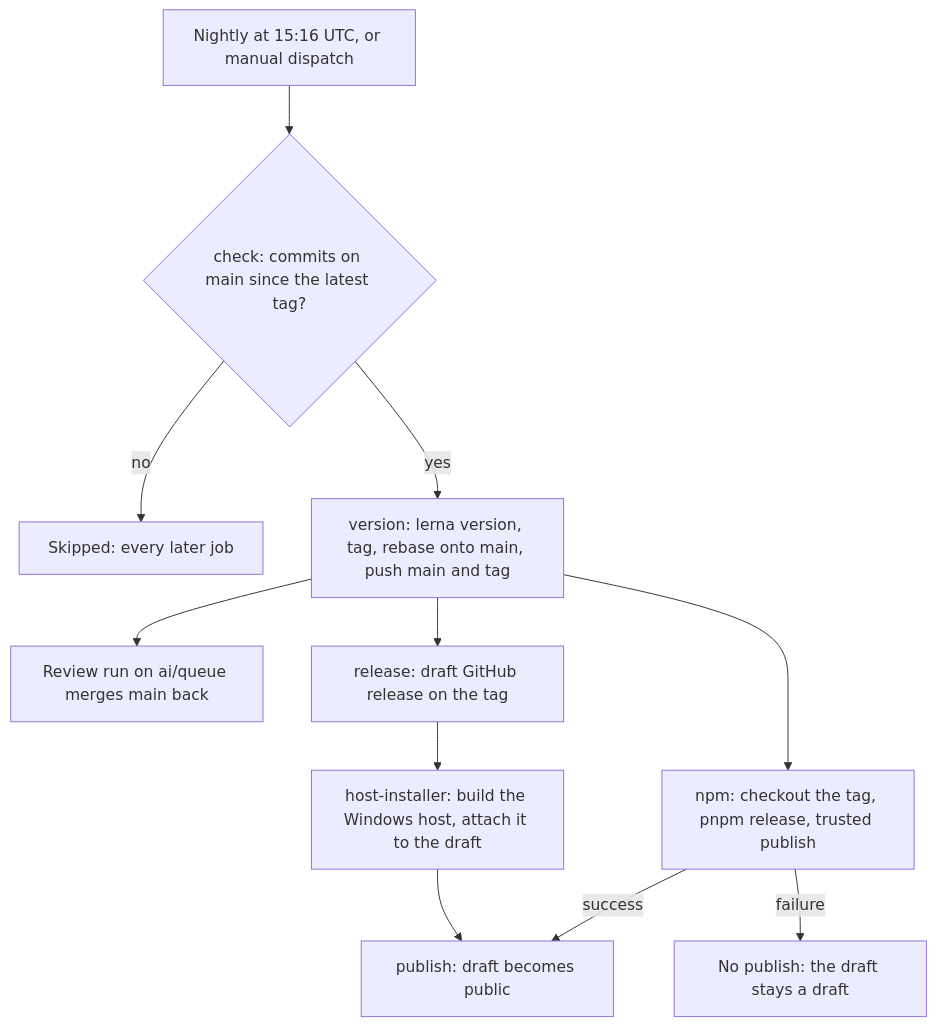
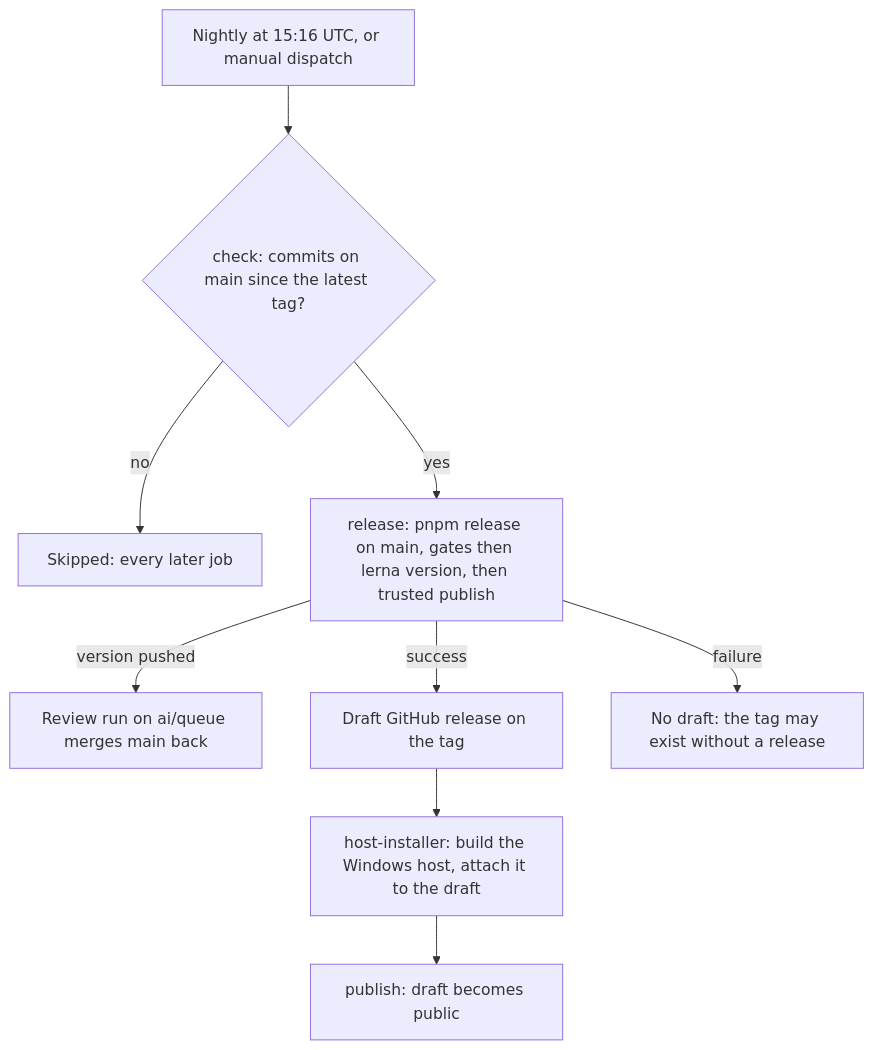
The diagram in apps/web/content/docs/architecture/release-flow.md (Esposter/Esposter), drawn with Mermaid before and after one commit. The commit also changed other lines of this file and 5 other files, not shown here.

First line of the commit message:
ci: the release is one job that gates, versions, tags, publishes and drafts

````diff
--- a/apps/web/content/docs/architecture/release-flow.md
+++ b/apps/web/content/docs/architecture/release-flow.md
@@ -12,13 +12,11 @@
 ```mermaid
 flowchart TD
   Trigger[Nightly at 15:16 UTC, or manual dispatch] --> Check{check: commits on main since the latest tag?}
   Check -- no --> Skip[Skipped: every later job]
-  Check -- yes --> Version[version: lerna version, tag, rebase onto main, push main and tag]
-  Version --> Review[Review run on ai/queue merges main back]
-  Version --> NPM[npm: checkout the tag, pnpm release, trusted publish]
-  Version --> Release[release: draft GitHub release on the tag]
-  Release --> Host[host-installer: build the Windows host, attach it to the draft]
-  NPM -- success --> Publish[publish: draft becomes public]
-  Host --> Publish
-  NPM -- failure --> Held[No publish: the draft stays a draft]
+  Check -- yes --> Release[release: pnpm release on main, gates then lerna version, then trusted publish]
+  Release -- version pushed --> Review[Review run on ai/queue merges main back]
+  Release -- success --> Draft[Draft GitHub release on the tag]
+  Release -- failure --> Held[No draft: the tag may exist without a release]
+  Draft --> Host[host-installer: build the Windows host, attach it to the draft]
+  Host --> Publish[publish: draft becomes public]
 ```
````
